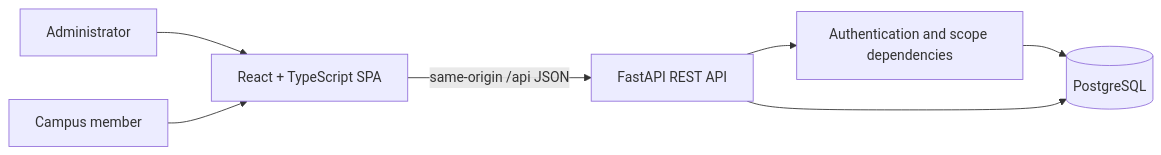
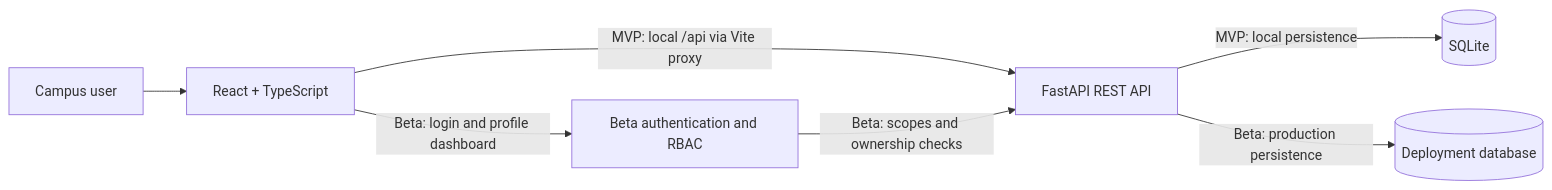
One commit to Ishmam2222/Campus-Lost-Found-Management-System changed the diagram in docs/TDD.md. Above: the diagram before and after it, drawn with Mermaid. The commit also changed other lines of this file and 4 other files, not shown here.

Commit message:
docs: align project plan to MVP and Beta

````diff
--- a/docs/TDD.md
+++ b/docs/TDD.md
@@ -29,9 +27,9 @@
 ```mermaid
 flowchart LR
-    Browser["React + TypeScript SPA"] -->|same-origin /api JSON| API["FastAPI REST API"]
-    API --> Auth["Authentication and scope dependencies"]
-    Auth --> DB[("PostgreSQL")]
-    API --> DB
-    Admin["Administrator"] --> Browser
-    Member["Campus member"] --> Browser
+    User["Campus user"] --> UI["React + TypeScript"]
+    UI -->|"MVP: local /api via Vite proxy"| API["FastAPI REST API"]
+    API -->|"MVP: local persistence"| DB[("SQLite")]
+    UI -->|"Beta: login and profile dashboard"| Auth["Beta authentication and RBAC"]
+    Auth -->|"Beta: scopes and ownership checks"| API
+    API -->|"Beta: production persistence"| ProdDB[("Deployment database")]
 ```
````
